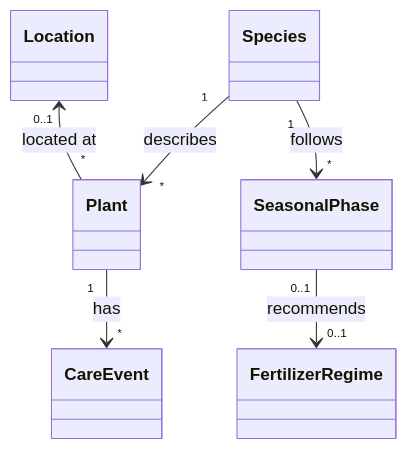
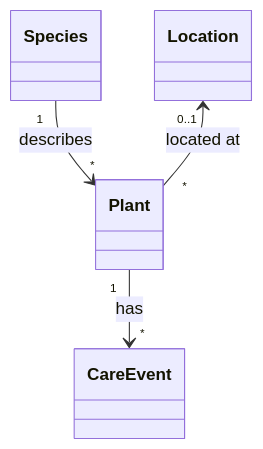
One commit to FlyingMagikarp/plantly changed the diagram in docs/domain.md. Above: the diagram before and after it, drawn with Mermaid. The commit also changed other lines of this file and 26 other files, not shown here.

````diff
--- a/docs/domain.md
+++ b/docs/domain.md
@@ -56,8 +47,6 @@
 ```mermaid
 classDiagram
     Species "1" --> "*" Plant : describes
     Location "0..1" <-- "*" Plant : located at
     Plant "1" --> "*" CareEvent : has
-    Species "1" --> "*" SeasonalPhase : follows
-    SeasonalPhase "0..1" --> "0..1" FertilizerRegime : recommends
 ```
````
